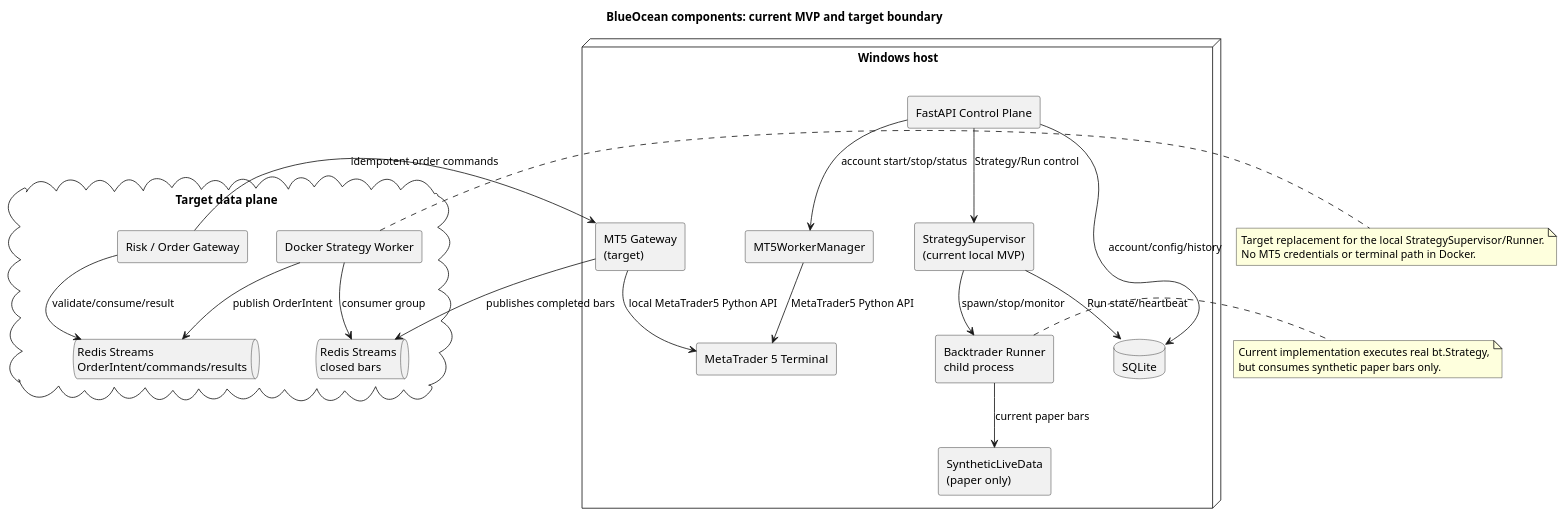
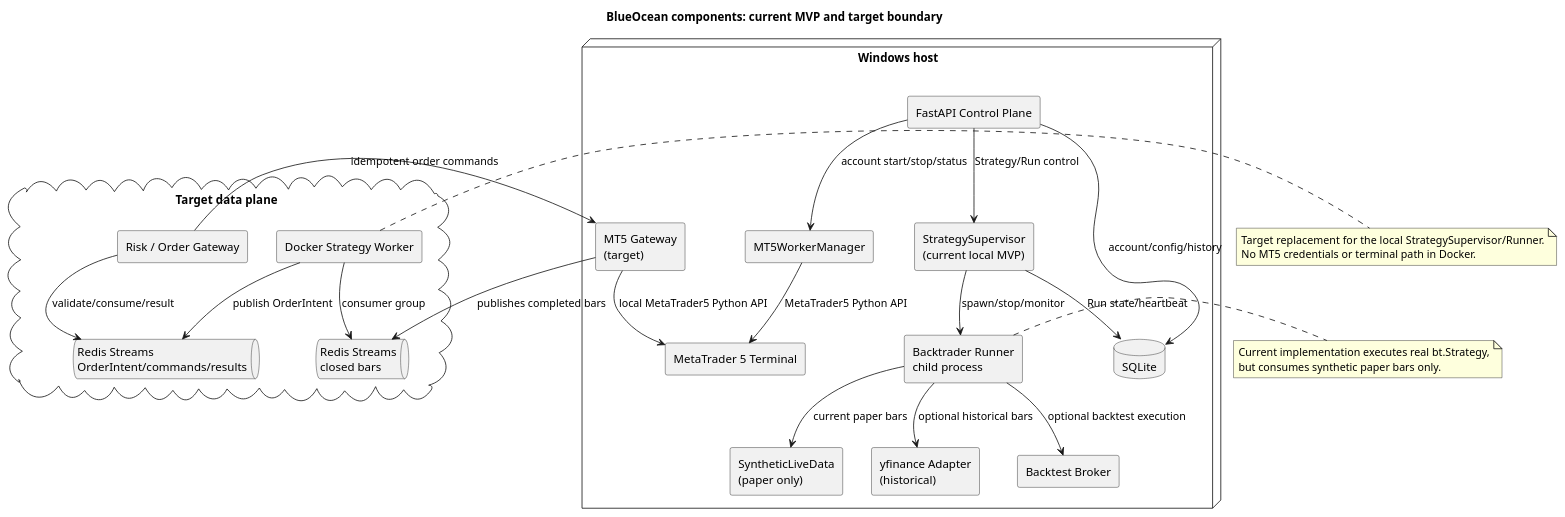
Before and after one commit to nmskm240/blueOcean: the diagram in docs/uml/components.puml, drawn with PlantUML. The commit also changed 2 other files, not shown here.

```diff
--- a/docs/uml/components.puml
+++ b/docs/uml/components.puml
@@ -1,50 +1,54 @@
 @startuml
 title BlueOcean components: current MVP and target boundary
 
 skinparam componentStyle rectangle
 
 node "Windows host" {
   component "FastAPI Control Plane" as Web
   component "MT5WorkerManager" as MT5Supervisor
   component "MT5 Gateway\n(target)" as MT5Gateway
   component "StrategySupervisor\n(current local MVP)" as StrategySupervisor
   component "Backtrader Runner\nchild process" as Runner
   component "SyntheticLiveData\n(paper only)" as Synthetic
+  component "yfinance Adapter\n(historical)" as YFinance
+  component "Backtest Broker" as Backtest
   database "SQLite" as SQLite
   component "MetaTrader 5 Terminal" as MT5
 
   Web --> MT5Supervisor : account start/stop/status
   MT5Supervisor --> MT5 : MetaTrader5 Python API
   MT5Gateway --> MT5 : local MetaTrader5 Python API
   Web --> StrategySupervisor : Strategy/Run control
   StrategySupervisor --> Runner : spawn/stop/monitor
   Runner --> Synthetic : current paper bars
+  Runner --> YFinance : optional historical bars
+  Runner --> Backtest : optional backtest execution
   Web --> SQLite : account/config/history
   StrategySupervisor --> SQLite : Run state/heartbeat
 }
 
 cloud "Target data plane" {
   queue "Redis Streams\nclosed bars" as MarketStream
   queue "Redis Streams\nOrderIntent/commands/results" as OrderStreams
   component "Risk / Order Gateway" as OrderGateway
   component "Docker Strategy Worker" as DockerRunner
 
   DockerRunner --> MarketStream : consumer group
   DockerRunner --> OrderStreams : publish OrderIntent
   OrderGateway --> OrderStreams : validate/consume/result
 }
 
 MT5Gateway --> MarketStream : publishes completed bars
 OrderGateway --> MT5Gateway : idempotent order commands
 
 note right of Runner
 Current implementation executes real bt.Strategy,
 but consumes synthetic paper bars only.
 end note
 
 note right of DockerRunner
 Target replacement for the local StrategySupervisor/Runner.
 No MT5 credentials or terminal path in Docker.
 end note
 
 @enduml
```
